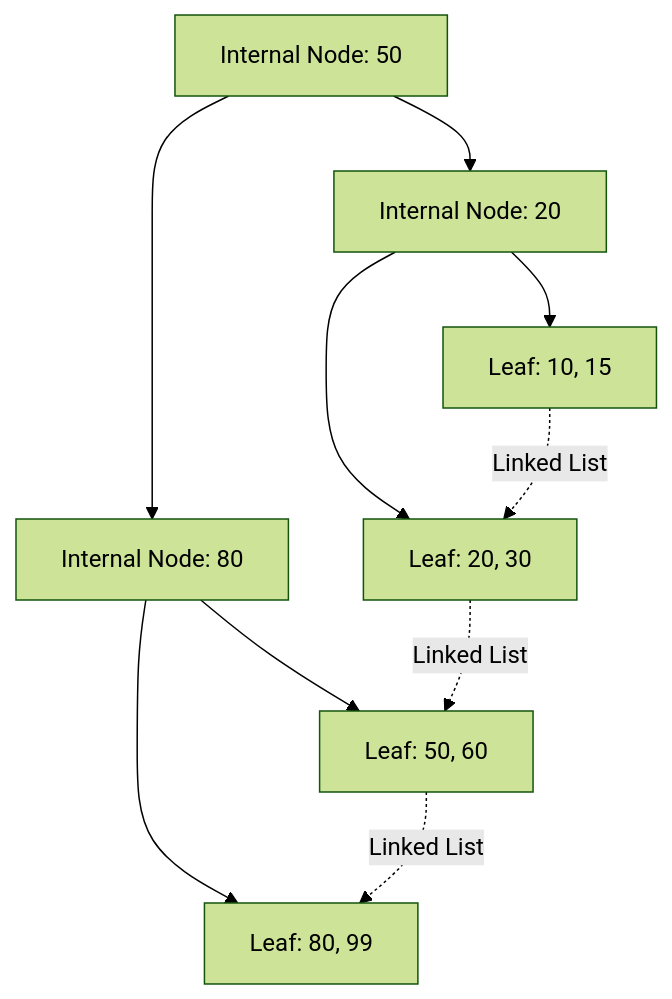
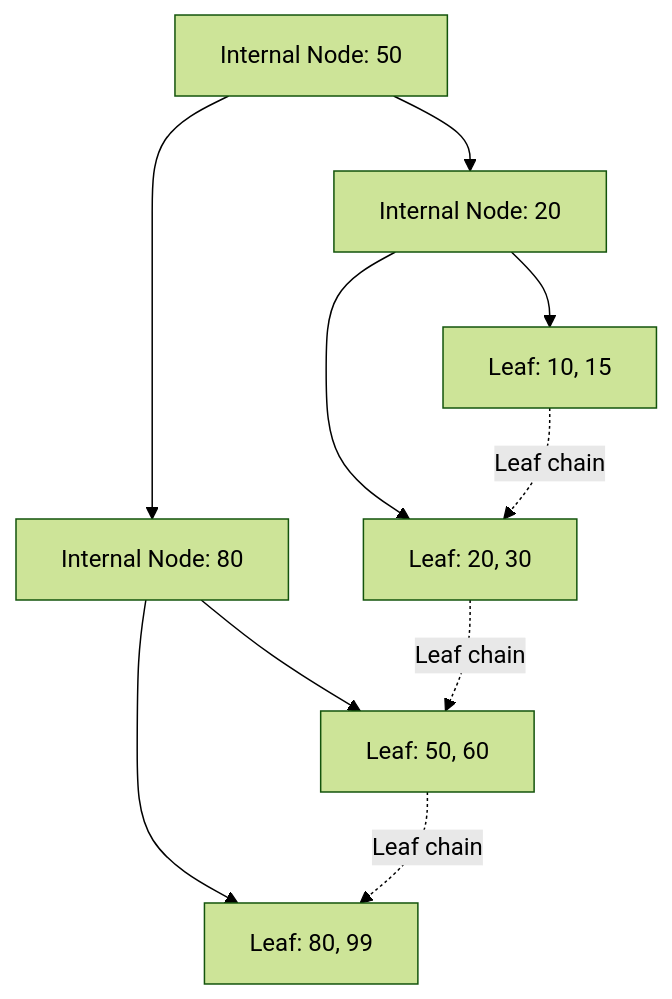
The diagram in Master 1/S1/Advanced Databases/04 Query Optimization and Processing/04 Query Optimization and Processing/8. Database Indexing Deep Dive.md (Vtheonly/Obsidian_Notes), drawn with Mermaid (forest theme) before and after one commit. The commit also changed other lines of this file, not shown here.

````diff
--- a/Master 1/S1/Advanced Databases/04 Query Optimization and Processing/04 Query Optimization and Processing/8. Database Indexing Deep Dive.md
+++ b/Master 1/S1/Advanced Databases/04 Query Optimization and Processing/04 Query Optimization and Processing/8. Database Indexing Deep Dive.md
@@ -18,13 +21,13 @@
 ```mermaid
 graph TD
    Root[Internal Node: 50] --> LeftChild[Internal Node: 20]
    Root --> RightChild[Internal Node: 80]
    LeftChild --> L1[Leaf: 10, 15]
    LeftChild --> L2[Leaf: 20, 30]
    RightChild --> R1[Leaf: 50, 60]
    RightChild --> R2[Leaf: 80, 99]
-   
-   L1 -. "Linked List" .-> L2
-   L2 -. "Linked List" .-> R1
-   R1 -. "Linked List" .-> R2
+
+   L1 -. "Leaf chain" .-> L2
+   L2 -. "Leaf chain" .-> R1
+   R1 -. "Leaf chain" .-> R2
 ```
````
